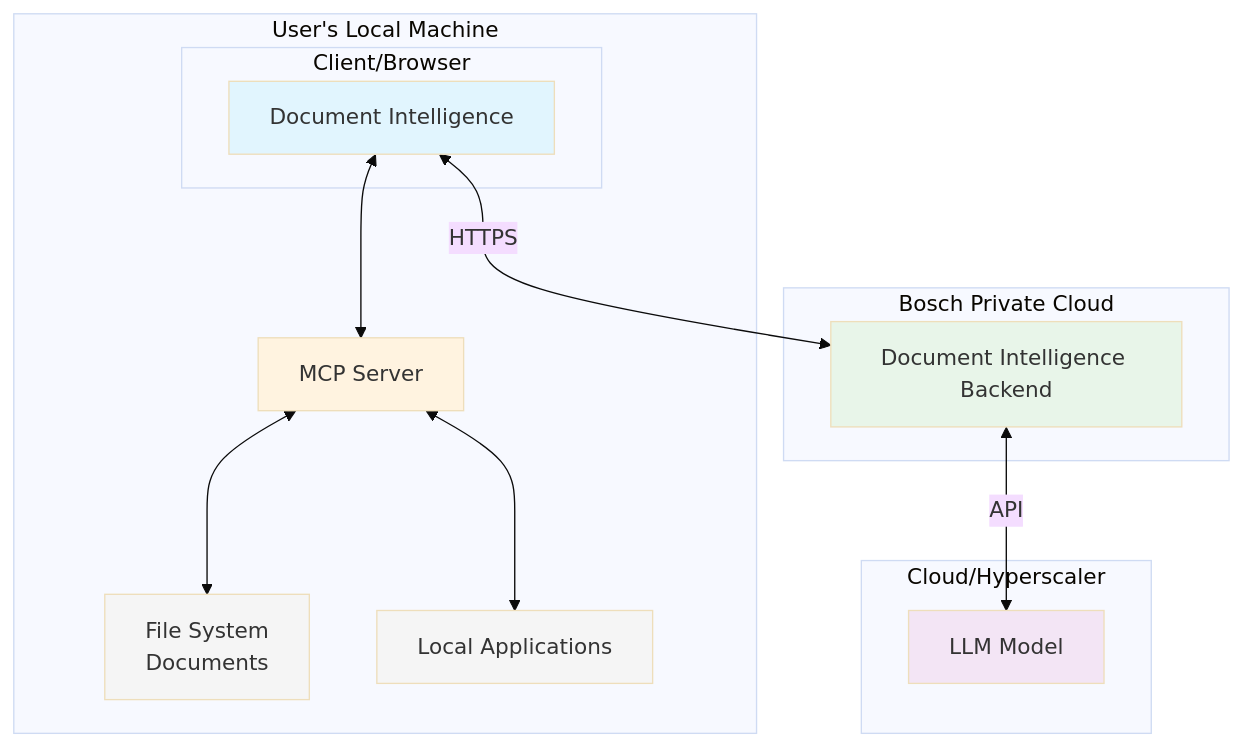
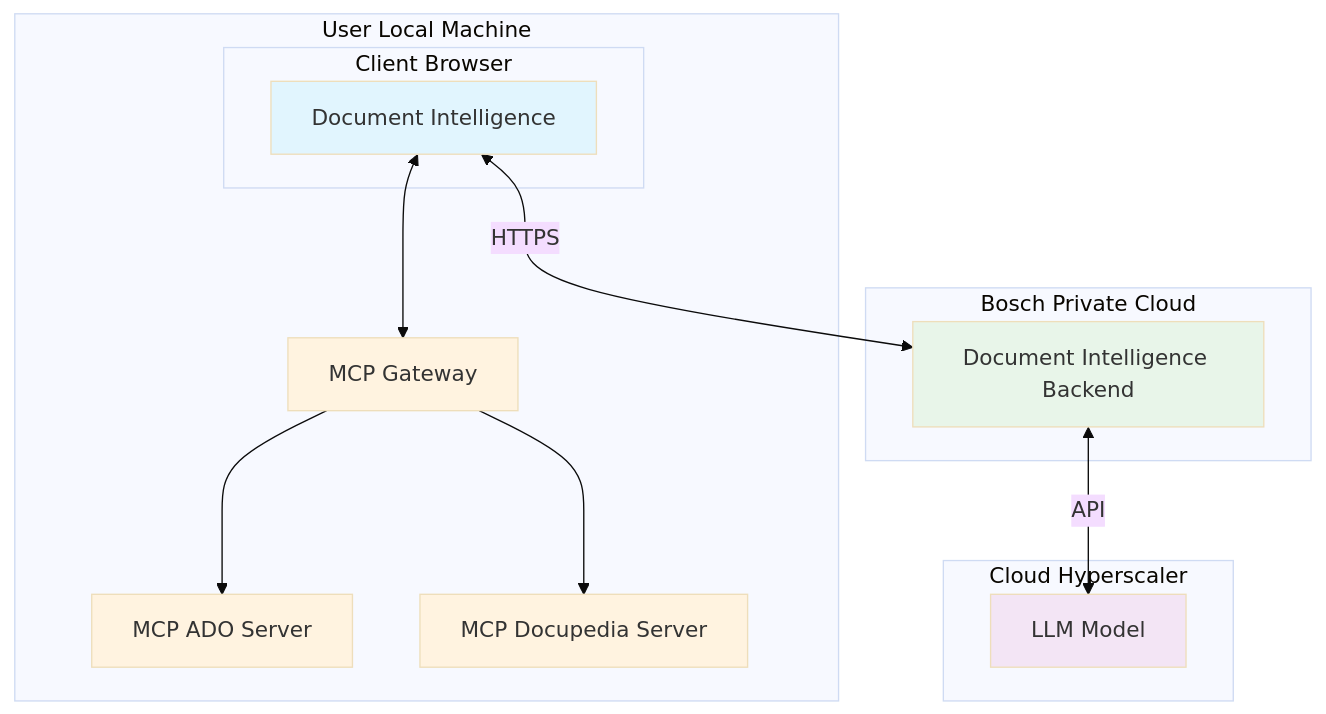
The diagram in docs/diagrams/BDI.md (ahmado1310/mcp-connector), drawn with Mermaid (base theme) before and after one commit.

Commit message:
update-diagramm BDI

````diff
--- a/docs/diagrams/BDI.md
+++ b/docs/diagrams/BDI.md
@@ -6,33 +6,34 @@
 ```mermaid
-graph TB
+flowchart TB
     subgraph "Bosch Private Cloud"
-        Backend[Document Intelligence Backend]
+        Backend["Document Intelligence Backend"]
     end
 
-    subgraph "User's Local Machine"
-        subgraph "Client/Browser"
-            UI[Document Intelligence]
+    subgraph "User Local Machine"
+        subgraph "Client Browser"
+            UI["Document Intelligence"]
         end
-        MCPServer[MCP Server]
-        FileSystem[File System<br/>Documents]
-        LocalApps[Local Applications]
-        
-        MCPServer <--> FileSystem
-        MCPServer <--> LocalApps
+
+        Gateway["MCP Gateway"]
+        AdoSrv["MCP ADO Server"]
+        DocSrv["MCP Docupedia Server"]
+
+        Gateway --> AdoSrv
+        Gateway --> DocSrv
     end
-    
-    subgraph "Cloud/Hyperscaler"
-        LLM[LLM Model]
+
+    subgraph "Cloud Hyperscaler"
+        LLM["LLM Model"]
     end
-    
-    UI <-->|HTTPS| Backend
-    Backend <-->|API| LLM
-    UI <--> MCPServer
-    
+
+    UI <-->|"HTTPS"| Backend
+    Backend <-->|"API"| LLM
+    UI <--> Gateway
+
     style UI fill:#e1f5fe
-    style MCPServer fill:#fff3e0
+    style Gateway fill:#fff3e0
+    style AdoSrv fill:#fff3e0
+    style DocSrv fill:#fff3e0
     style Backend fill:#e8f5e9
     style LLM fill:#f3e5f5
-    style FileSystem fill:#f5f5f5
-    style LocalApps fill:#f5f5f5
 ```
````
